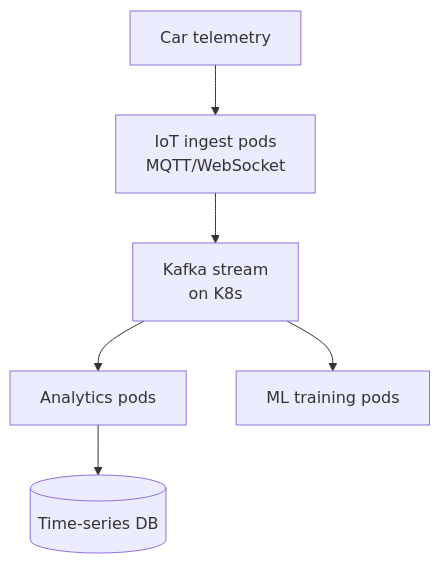
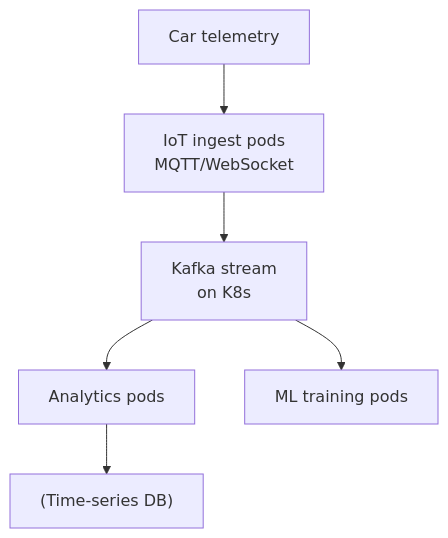
One commit to WhoisMonesh/K8S-Everything changed the diagram in 17-company-cases/bmw.md. Above: the diagram before and after it, drawn with Mermaid. The commit also changed 62 other files, not shown here.

First line of the commit message:
Fix all Mermaid diagrams for GitHub compatibility

````diff
--- a/17-company-cases/bmw.md
+++ b/17-company-cases/bmw.md
@@ -24,8 +24,8 @@
 ```mermaid
 graph TD
     Car[Car telemetry] --> IoT[IoT ingest pods<br/>MQTT/WebSocket]
     IoT --> Stream[Kafka stream<br/>on K8s]
     Stream --> Analytics[Analytics pods]
-    Analytics --> DB[(Time-series DB)]
+    Analytics --> DB["(Time-series DB)"]
     Stream --> Model[ML training pods]
 ```
````
